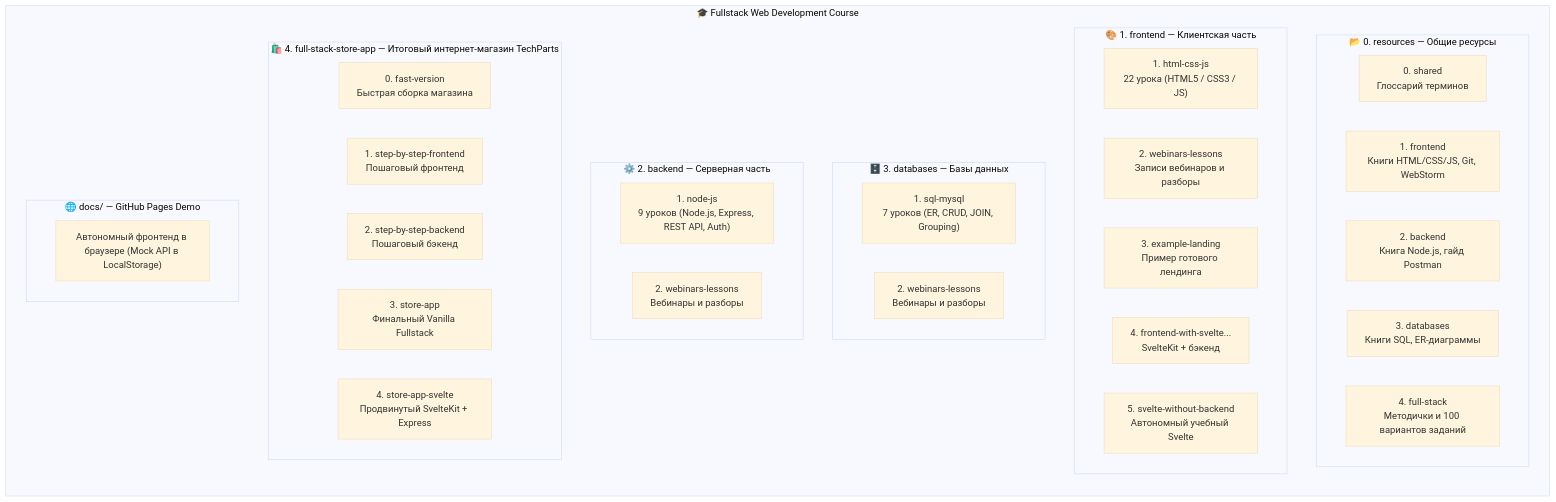
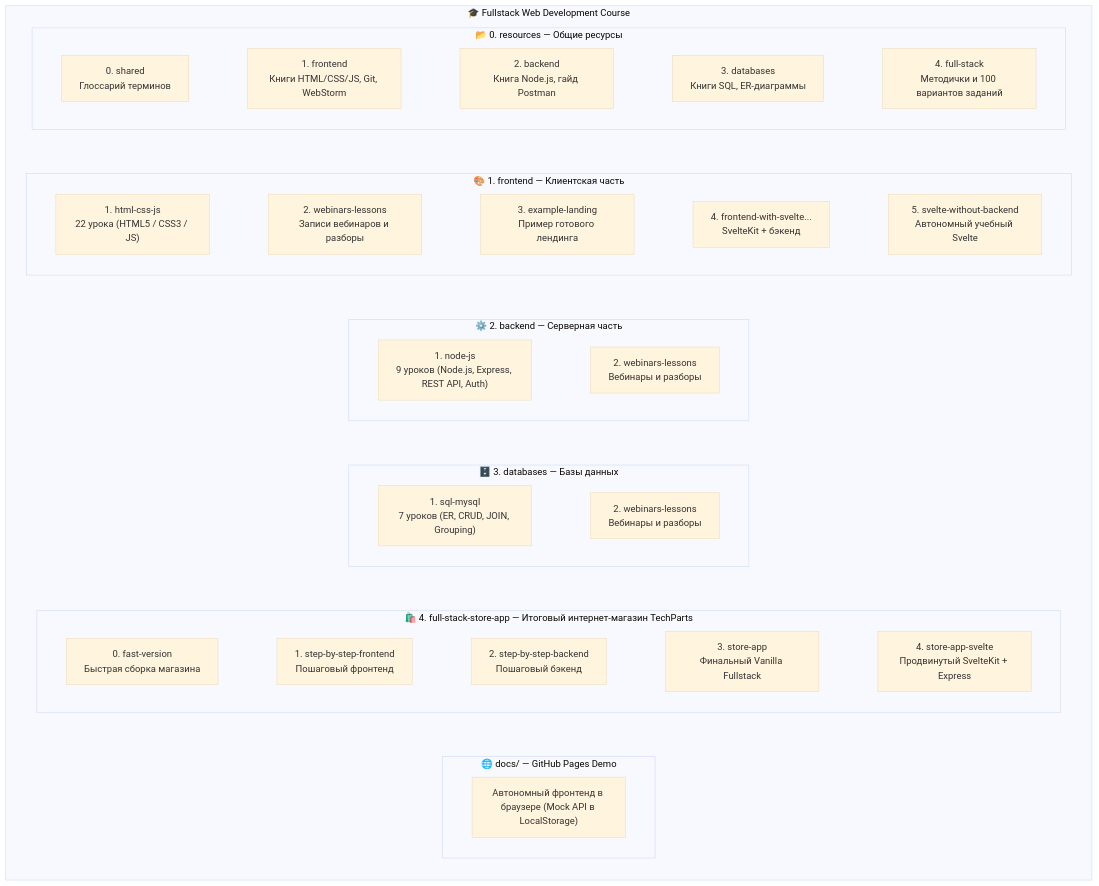
Before and after one commit to mrsky1001/fullstack-web-development-course: the first of 2 diagrams in README.ru.md, drawn with Mermaid (base theme). The commit also changed 1 other file, not shown here.

Commit message:
refactor: update flowchart orientation and refine node alignment in README diagrams

````diff
--- a/README.ru.md
+++ b/README.ru.md
@@ -137,49 +137,56 @@
 ```mermaid
-flowchart TB
+flowchart TD
     subgraph ROOT["🎓 Fullstack Web Development Course"]
         direction TB
 
         subgraph RES["📂 0. resources — Общие ресурсы"]
             direction LR
             R0["0. shared<br/>Глоссарий терминов"]
             R1["1. frontend<br/>Книги HTML/CSS/JS, Git, WebStorm"]
             R2["2. backend<br/>Книга Node.js, гайд Postman"]
             R3["3. databases<br/>Книги SQL, ER-диаграммы"]
             R4["4. full-stack<br/>Методички и 100 вариантов заданий"]
+            R0 ~~~ R1 ~~~ R2 ~~~ R3 ~~~ R4
         end
 
         subgraph MOD1["🎨 1. frontend — Клиентская часть"]
             direction LR
             F1["1. html-css-js<br/>22 урока (HTML5 / CSS3 / JS)"]
             F2["2. webinars-lessons<br/>Записи вебинаров и разборы"]
             F3["3. example-landing<br/>Пример готового лендинга"]
             F4["4. frontend-with-svelte...<br/>SvelteKit + бэкенд"]
             F5["5. svelte-without-backend<br/>Автономный учебный Svelte"]
+            F1 ~~~ F2 ~~~ F3 ~~~ F4 ~~~ F5
+        end
+
+        subgraph MOD2["⚙️ 2. backend — Серверная часть"]
+            direction LR
+            B1["1. node-js<br/>9 уроков (Node.js, Express, REST API, Auth)"]
+            B2["2. webinars-lessons<br/>Вебинары и разборы"]
+            B1 ~~~ B2
         end
 
         subgraph MOD3["🗄️ 3. databases — Базы данных"]
             direction LR
             D1["1. sql-mysql<br/>7 уроков (ER, CRUD, JOIN, Grouping)"]
             D2["2. webinars-lessons<br/>Вебинары и разборы"]
-        end
-
-        subgraph MOD2["⚙️ 2. backend — Серверная часть"]
-            direction LR
-            B1["1. node-js<br/>9 уроков (Node.js, Express, REST API, Auth)"]
-            B2["2. webinars-lessons<br/>Вебинары и разборы"]
+            D1 ~~~ D2
         end
 
         subgraph MOD4["🛍️ 4. full-stack-store-app — Итоговый интернет-магазин TechParts"]
             direction LR
             S0["0. fast-version<br/>Быстрая сборка магазина"]
             S1["1. step-by-step-frontend<br/>Пошаговый фронтенд"]
             S2["2. step-by-step-backend<br/>Пошаговый бэкенд"]
             S3["3. store-app<br/>Финальный Vanilla Fullstack"]
             S4["4. store-app-svelte<br/>Продвинутый SvelteKit + Express"]
+            S0 ~~~ S1 ~~~ S2 ~~~ S3 ~~~ S4
         end
 
         subgraph DOCS["🌐 docs/ — GitHub Pages Demo"]
             DOC["Автономный фронтенд в браузере (Mock API в LocalStorage)"]
         end
+
+        RES ~~~ MOD1 ~~~ MOD2 ~~~ MOD3 ~~~ MOD4 ~~~ DOCS
     end
 ```
````
